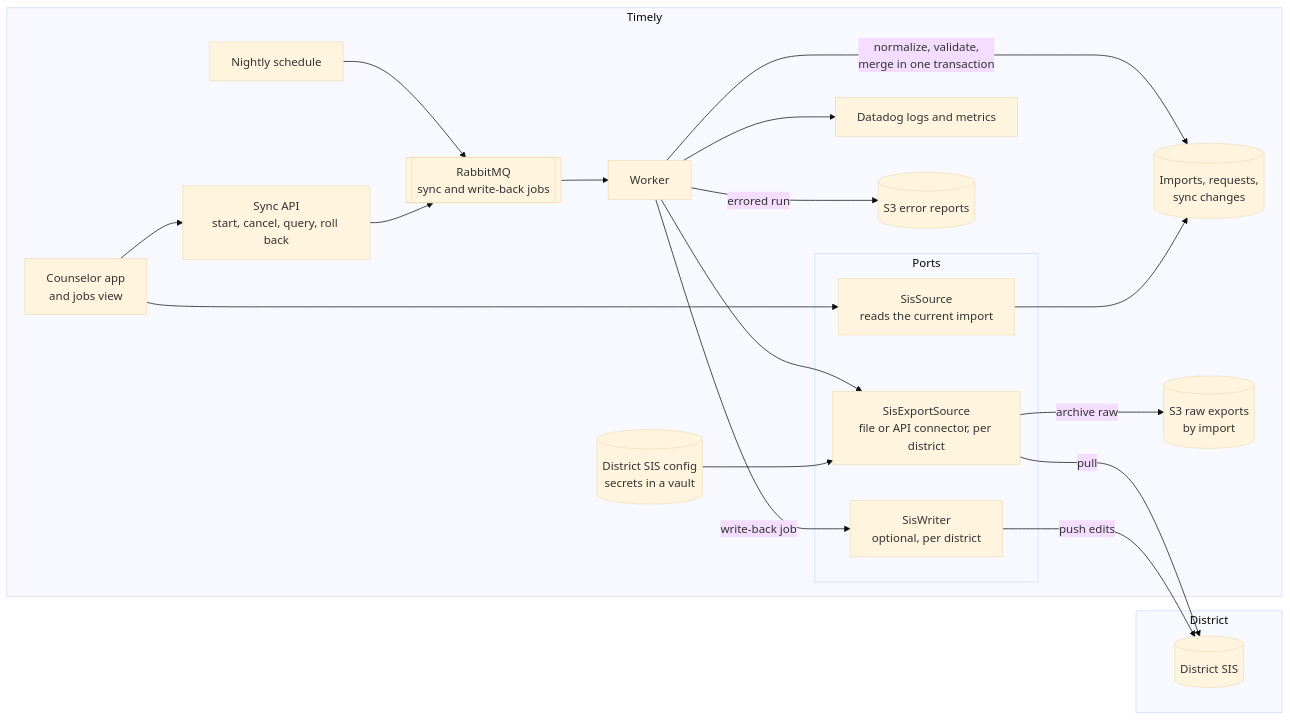
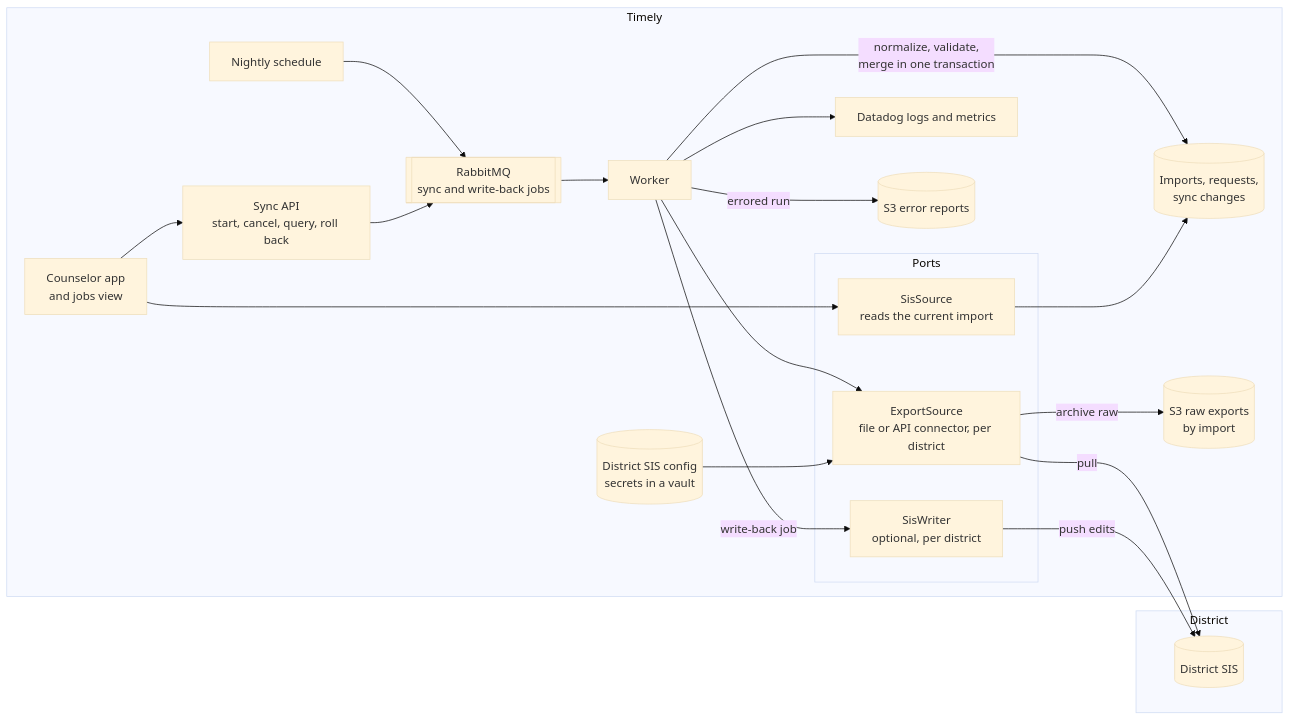
The first of 2 diagrams in docs/sis-sync-design.md (stephenmayer/CourseManager), drawn with Mermaid (base theme) before and after one commit. The commit also changed other lines of this file and 3 other files, not shown here.

````diff
--- a/docs/sis-sync-design.md
+++ b/docs/sis-sync-design.md
@@ -82,38 +84,38 @@
 ```mermaid
 flowchart LR
     subgraph District
         SIS[(District SIS)]
     end
     subgraph Timely
         API[Sync API<br/>start, cancel, query, roll back]
         Sched[Nightly schedule]
         Q[[RabbitMQ<br/>sync and write-back jobs]]
         W[Worker]
         subgraph Ports
-            EX[SisExportSource<br/>file or API connector, per district]
+            EX[ExportSource<br/>file or API connector, per district]
             SS[SisSource<br/>reads the current import]
             WB[SisWriter<br/>optional, per district]
         end
         CFG[(District SIS config<br/>secrets in a vault)]
         DB[(Imports, requests,<br/>sync changes)]
         RAW[(S3 raw exports<br/>by import)]
         UI[Counselor app<br/>and jobs view]
         DD[Datadog logs and metrics]
         S3[(S3 error reports)]
     end
     Sched --> Q
     API --> Q
     Q --> W
     W --> EX
     CFG --> EX
     EX -->|pull| SIS
     EX -->|archive raw| RAW
     W -->|"normalize, validate,<br/>merge in one transaction"| DB
     W --> DD
     W -->|errored run| S3
     SS --> DB
     UI --> SS
     UI --> API
     W -->|write-back job| WB
     WB -->|push edits| SIS
 ```
````
